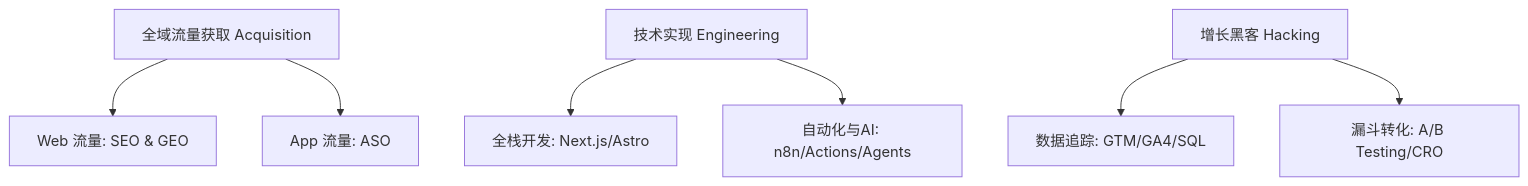
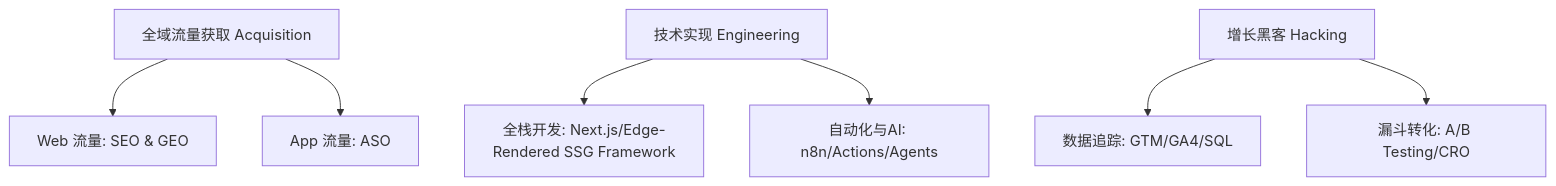
The diagram in README.md (mingmingcodes/mingmingcodes), drawn with Mermaid before and after one commit. The commit also changed other lines of this file, not shown here.

````diff
--- a/README.md
+++ b/README.md
@@ -29,9 +29,9 @@
 ```mermaid
 graph TD
     A[全域流量获取 Acquisition] --> B[Web 流量: SEO & GEO]
     A --> C[App 流量: ASO]
-    D[技术实现 Engineering] --> E[全栈开发: Next.js/Astro]
+    D[技术实现 Engineering] --> E[全栈开发: Next.js/Edge-Rendered SSG Framework]
     D --> F[自动化与AI: n8n/Actions/Agents]
     G[增长黑客 Hacking] --> H[数据追踪: GTM/GA4/SQL]
     G --> I[漏斗转化: A/B Testing/CRO]
 ```
````
